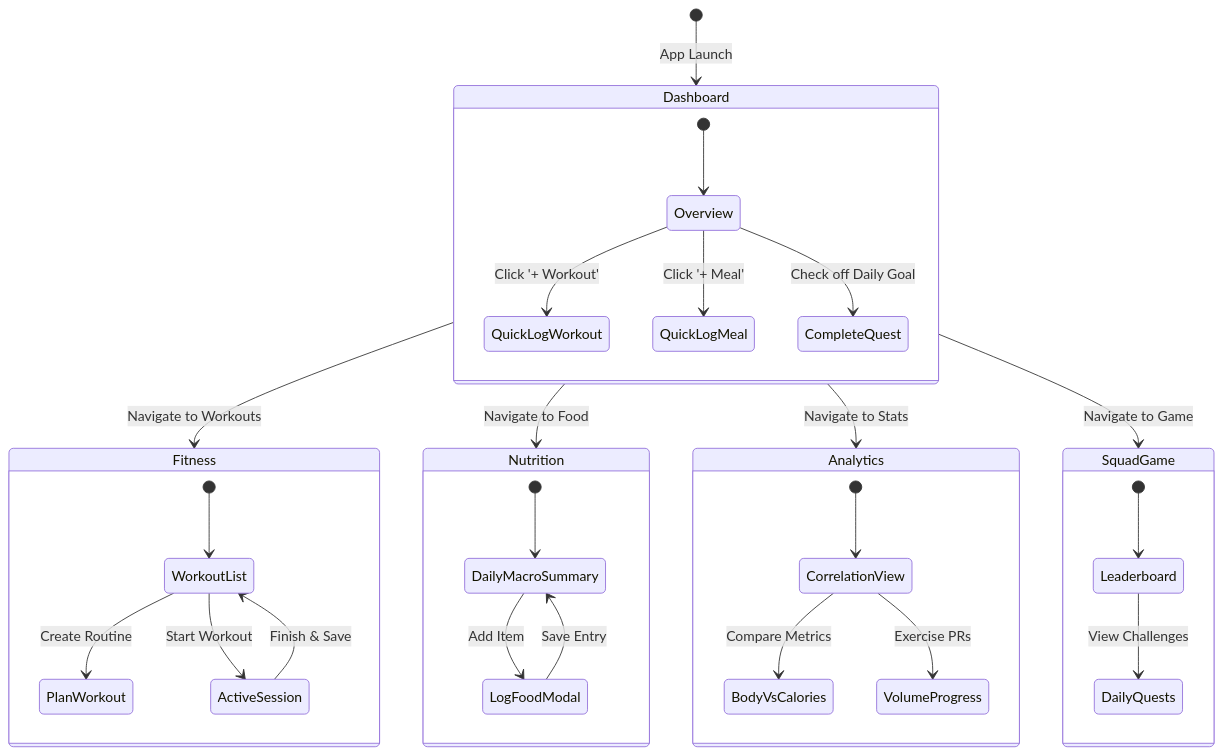
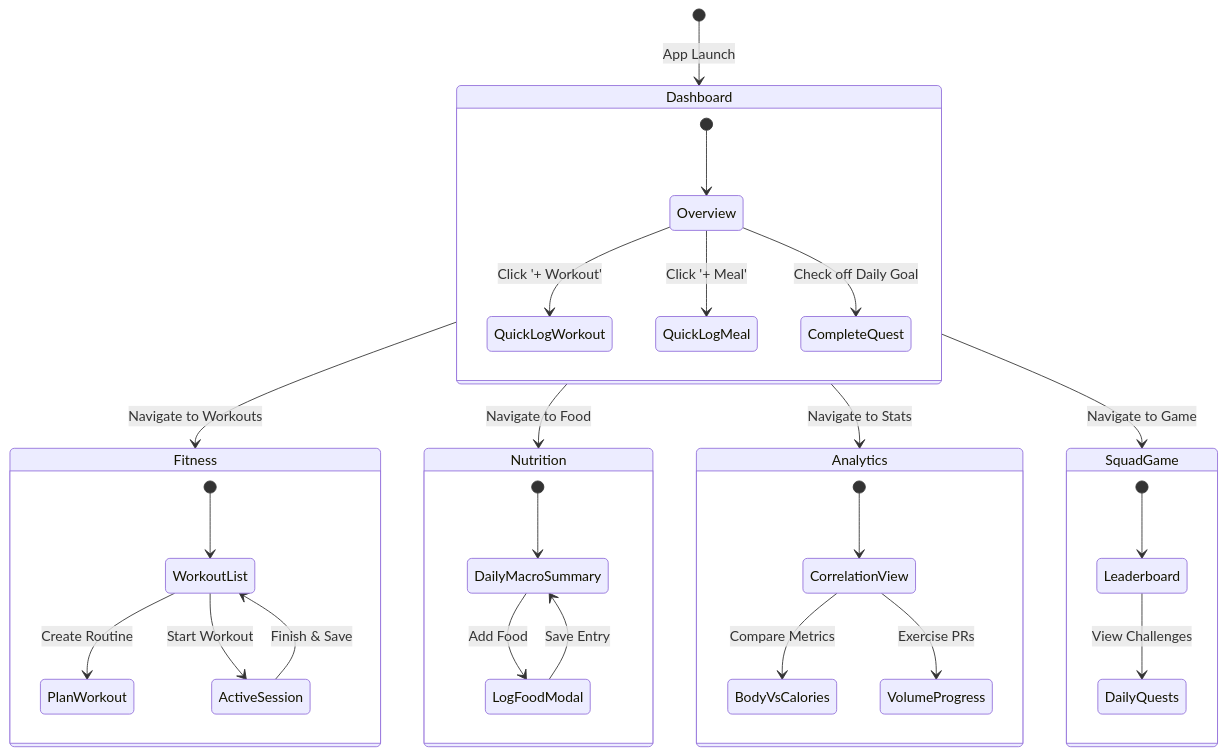
The third of 5 diagrams in docs/agents/implementation-plan.md (yavidor/health-app), drawn with Mermaid before and after one commit. The commit also changed other lines of this file and 31 other files, not shown here.

````diff
--- a/docs/agents/implementation-plan.md
+++ b/docs/agents/implementation-plan.md
@@ -151,39 +209,39 @@
 ```mermaid
 stateDiagram-v2
     [*] --> Dashboard : App Launch
 
     state Dashboard {
         [*] --> Overview
         Overview --> QuickLogWorkout : Click '+ Workout'
         Overview --> QuickLogMeal : Click '+ Meal'
         Overview --> CompleteQuest : Check off Daily Goal
     }
 
     Dashboard --> Fitness : Navigate to Workouts
     state Fitness {
         [*] --> WorkoutList
         WorkoutList --> PlanWorkout : Create Routine
         WorkoutList --> ActiveSession : Start Workout
         ActiveSession --> WorkoutList : Finish & Save
     }
 
     Dashboard --> Nutrition : Navigate to Food
     state Nutrition {
         [*] --> DailyMacroSummary
-        DailyMacroSummary --> LogFoodModal : Add Item
+        DailyMacroSummary --> LogFoodModal : Add Food
         LogFoodModal --> DailyMacroSummary : Save Entry
     }
 
     Dashboard --> Analytics : Navigate to Stats
     state Analytics {
         [*] --> CorrelationView
         CorrelationView --> BodyVsCalories : Compare Metrics
         CorrelationView --> VolumeProgress : Exercise PRs
     }
 
     Dashboard --> SquadGame : Navigate to Game
     state SquadGame {
         [*] --> Leaderboard
         Leaderboard --> DailyQuests : View Challenges
     }
 ```
````
